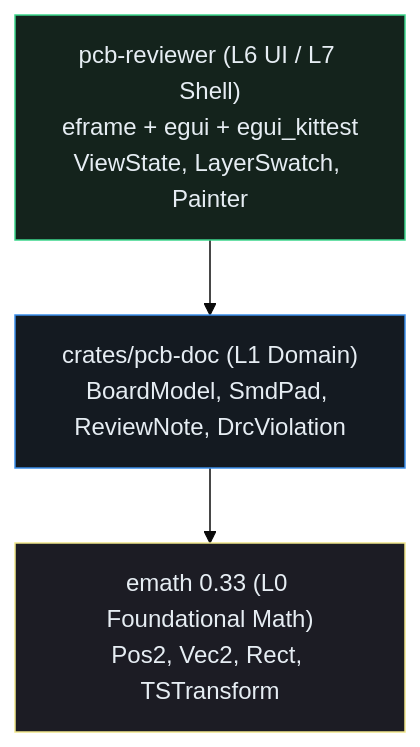
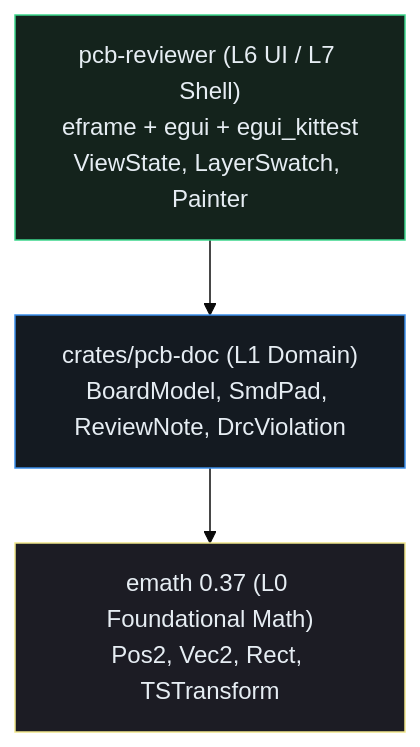
Before and after one commit to domesticmouse/learn-egui: the diagram in lessons/0015-multi-crate-workspace-doc-vs-ui-egui.md, drawn with Mermaid (base theme). The commit also changed other lines of this file and 191 other files, not shown here.

````diff
--- a/lessons/0015-multi-crate-workspace-doc-vs-ui-egui.md
+++ b/lessons/0015-multi-crate-workspace-doc-vs-ui-egui.md
@@ -26,8 +26,8 @@
 ```mermaid
 flowchart TD
     L7["pcb-reviewer (L6 UI / L7 Shell)<br/>eframe + egui + egui_kittest<br/>ViewState, LayerSwatch, Painter"] --> L1["crates/pcb-doc (L1 Domain)<br/>BoardModel, SmdPad, ReviewNote, DrcViolation"]
-    L1 --> L0["emath 0.33 (L0 Foundational Math)<br/>Pos2, Vec2, Rect, TSTransform"]
+    L1 --> L0["emath 0.37 (L0 Foundational Math)<br/>Pos2, Vec2, Rect, TSTransform"]
     style L7 fill:#14231c,stroke:#3dd68c,color:#e6edf3
     style L1 fill:#141a21,stroke:#3b8eea,color:#e6edf3
     style L0 fill:#1c1c24,stroke:#f0e68c,color:#e6edf3
 ```
````
